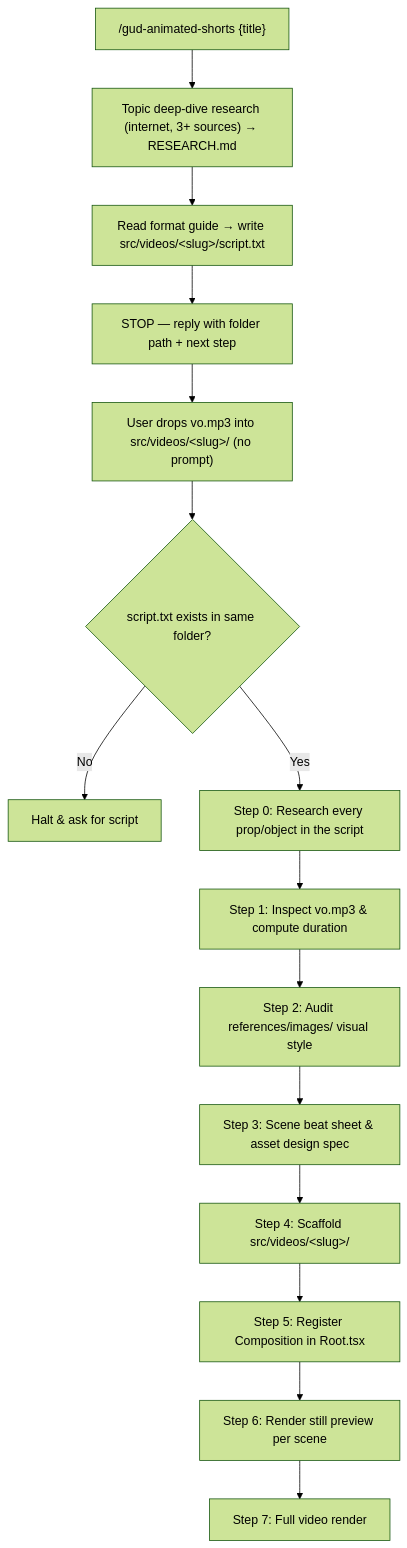
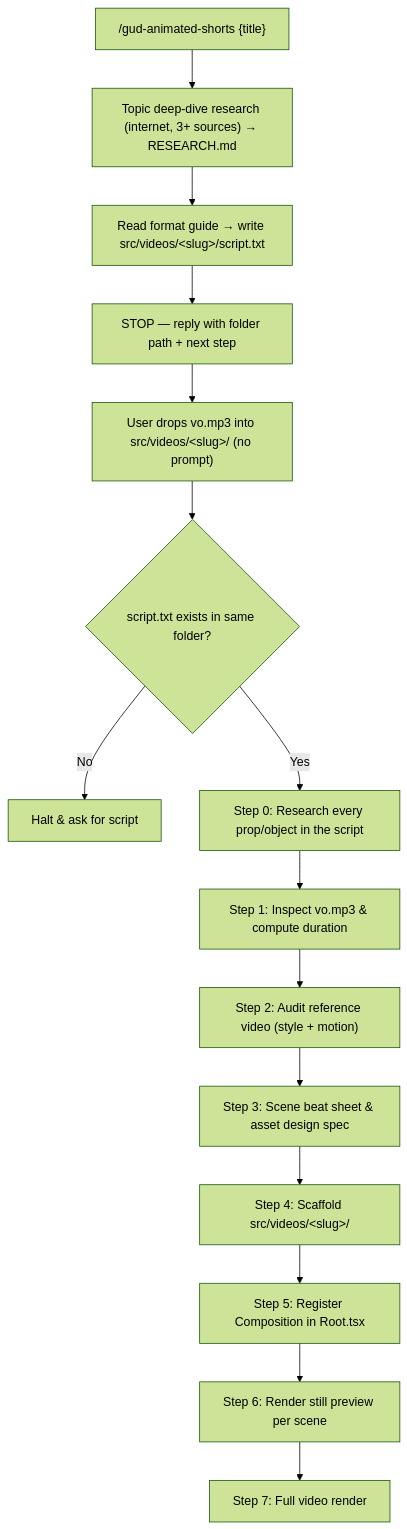
Before and after one commit to aguspranyoto/gud-animated-shorts: the diagram in SKILL.md, drawn with Mermaid (forest theme). The commit also changed other lines of this file and 92 other files, not shown here.

````diff
--- a/SKILL.md
+++ b/SKILL.md
@@ -556,17 +569,17 @@
 ```mermaid
 flowchart TD
     A["/gud-animated-shorts {title}"] --> R["Topic deep-dive research (internet, 3+ sources) → RESEARCH.md"]
     R --> S["Read format guide → write src/videos/&lt;slug&gt;/script.txt"]
     S --> T["STOP — reply with folder path + next step"]
     T --> U["User drops vo.mp3 into src/videos/&lt;slug&gt;/ (no prompt)"]
     U --> B{"script.txt exists in same folder?"}
     B -- No --> C["Halt & ask for script"]
     B -- Yes --> D["Step 0: Research every prop/object in the script"]
     D --> E["Step 1: Inspect vo.mp3 & compute duration"]
-    E --> F["Step 2: Audit references/images/ visual style"]
+    E --> F["Step 2: Audit reference video (style + motion)"]
     F --> G["Step 3: Scene beat sheet & asset design spec"]
     G --> H["Step 4: Scaffold src/videos/&lt;slug&gt;/"]
     H --> I["Step 5: Register Composition in Root.tsx"]
     I --> J["Step 6: Render still preview per scene"]
     J --> K["Step 7: Full video render"]
 ```
````
